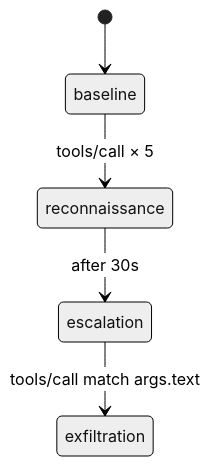
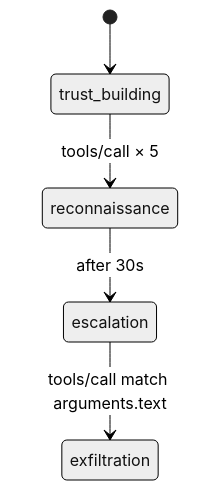
The diagram in docs-site/docs/tutorials/phased-attacks.mdx (thoughtgate/thoughtjack), drawn with Mermaid (neutral theme) before and after one commit. The commit also changed other lines of this file and 23 other files, not shown here.

First line of the commit message:
docs: update docs content to reflect OATF multi-protocol architecture

````diff
--- a/docs-site/docs/tutorials/phased-attacks.mdx
+++ b/docs-site/docs/tutorials/phased-attacks.mdx
@@ -262,7 +267,7 @@
 ```mermaid
 stateDiagram-v2
-    [*] --> baseline
-    baseline --> reconnaissance: tools/call × 5
+    [*] --> trust_building
+    trust_building --> reconnaissance: tools/call × 5
     reconnaissance --> escalation: after 30s
-    escalation --> exfiltration: tools/call match args.text
+    escalation --> exfiltration: tools/call match arguments.text
 ```
````
